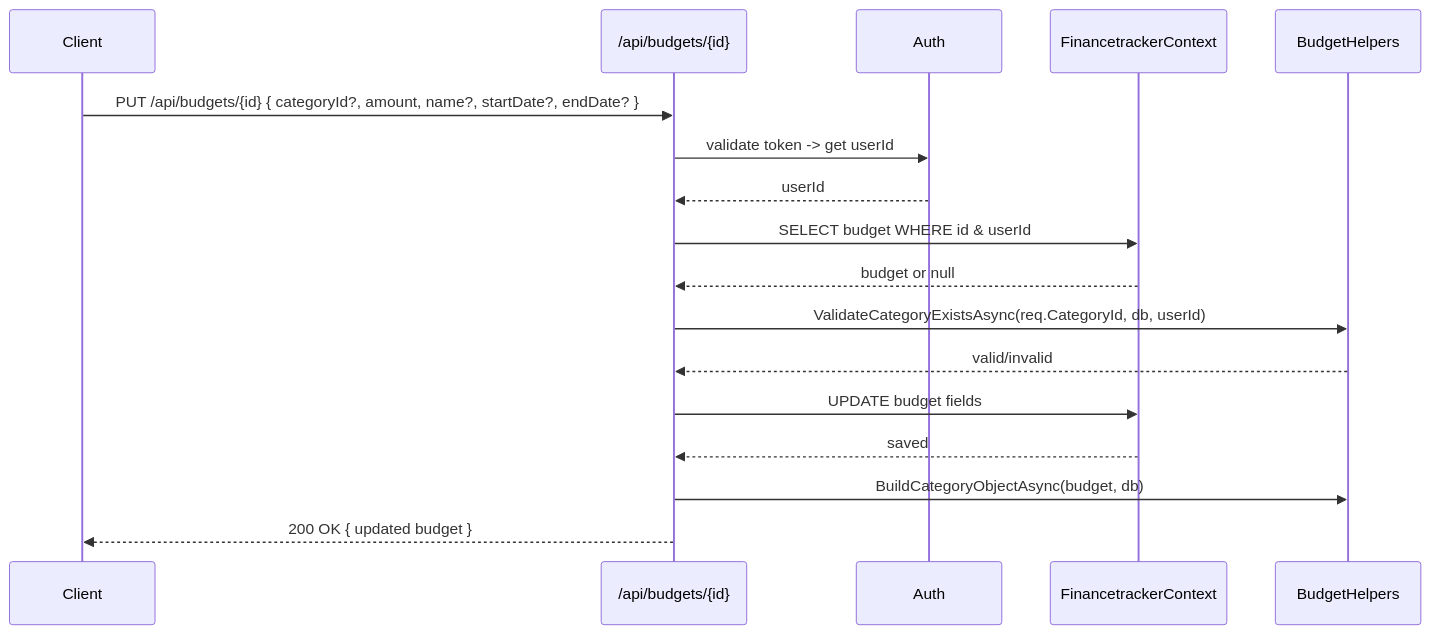
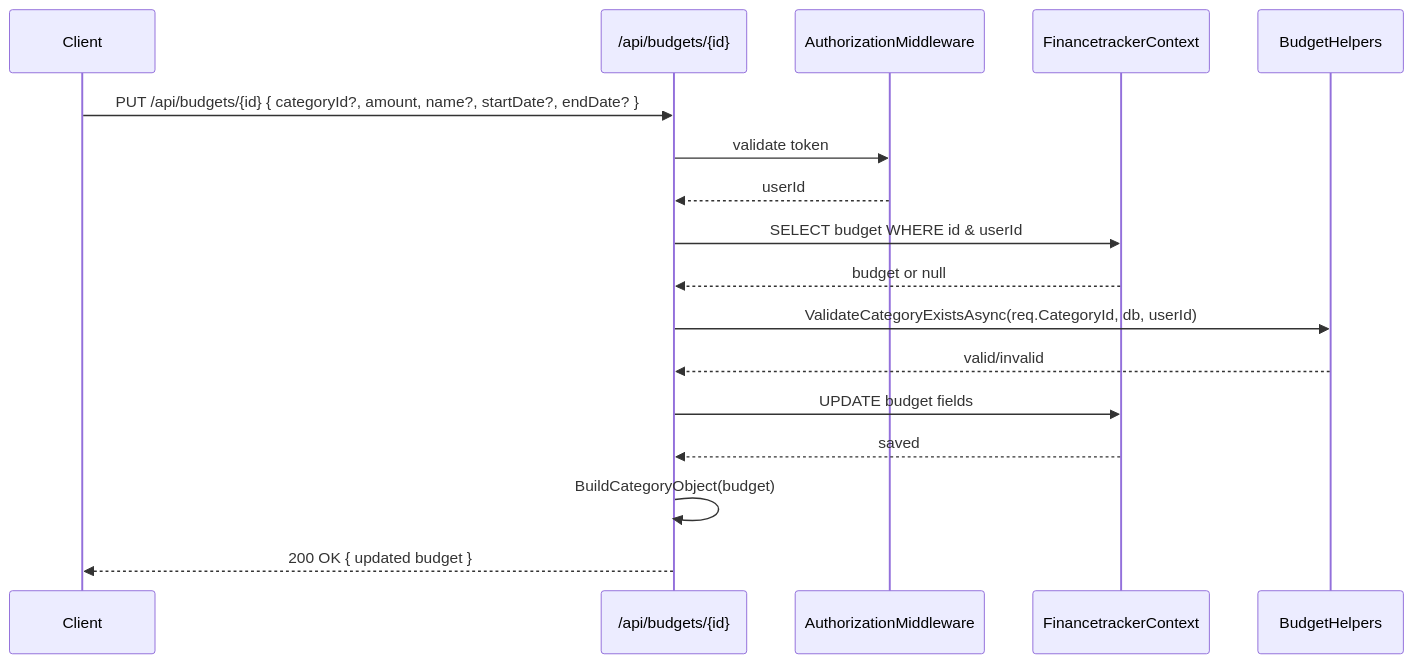
The diagram in docs/sequence-diagrams/budgets/diagrams/update-budget_1.mmd (cimpa2004/financeTracker), drawn with Mermaid before and after one commit. The commit also changed 16 other files, not shown here.

```diff
--- a/docs/sequence-diagrams/budgets/diagrams/update-budget_1.mmd
+++ b/docs/sequence-diagrams/budgets/diagrams/update-budget_1.mmd
@@ -1,18 +1,18 @@
 sequenceDiagram
     participant Client
     participant API as /api/budgets/{id}
-    participant Auth
+    participant AuthorizationMiddleware
     participant Db as FinancetrackerContext
     participant Helpers as BudgetHelpers
 
     Client->>API: PUT /api/budgets/{id} { categoryId?, amount, name?, startDate?, endDate? }
-    API->>Auth: validate token -> get userId
-    Auth-->>API: userId
+    API->>AuthorizationMiddleware: validate token
+    AuthorizationMiddleware-->>API: userId
     API->>Db: SELECT budget WHERE id & userId
     Db-->>API: budget or null
     API->>Helpers: ValidateCategoryExistsAsync(req.CategoryId, db, userId)
     Helpers-->>API: valid/invalid
     API->>Db: UPDATE budget fields
     Db-->>API: saved
-    API->>Helpers: BuildCategoryObjectAsync(budget, db)
+    API->>API: BuildCategoryObject(budget)
     API-->>Client: 200 OK { updated budget }
```
